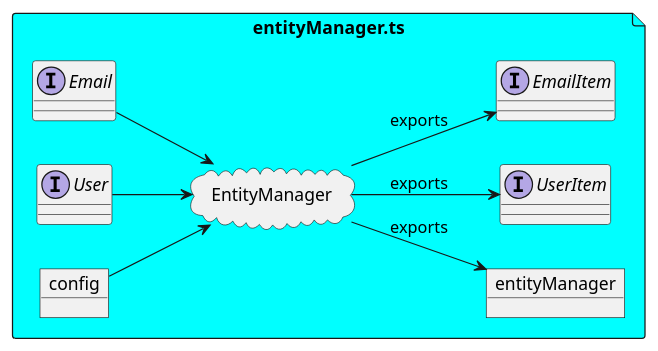
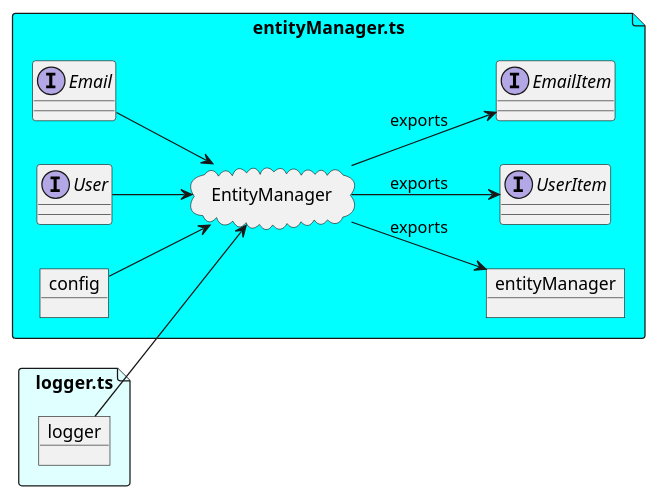
Before and after one commit to karmaniverous/entity-manager-demo: the diagram in diagrams/entityManager.pu, drawn with PlantUML. The commit also changed 1 other file, not shown here.

Commit message:
update diagrams

```diff
--- a/diagrams/entityManager.pu
+++ b/diagrams/entityManager.pu
@@ -1,29 +1,34 @@
 @startuml entityManager
 
 allowmixing
 
 left to right direction
+
+file "logger.ts" as loggerTs #LightCyan {
+    object logger
+}
 
 file "entityManager.ts" as entityManagerTs #Cyan {
     interface Email
     interface User
     object config
     cloud EntityManager
 
     Email --> EntityManager
     User --> EntityManager
     config --> EntityManager
+    logger --> EntityManager
 
     interface EmailItem
     interface UserItem
     object entityManager
 
     EntityManager --> EmailItem: exports
     EntityManager --> UserItem: exports
     EntityManager --> entityManager: exports
 
     UserItem -[hidden] EmailItem
     entityManager -[hidden] UserItem
 }
 
 @enduml
```
